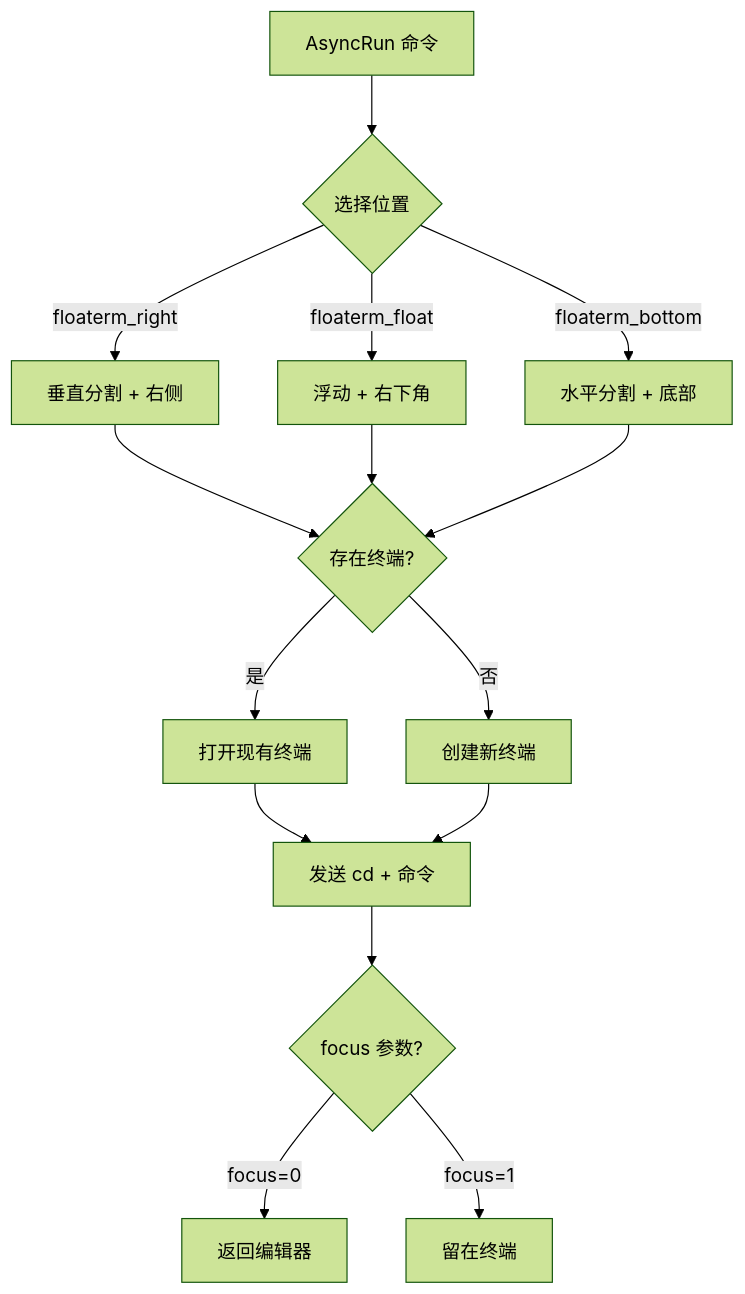
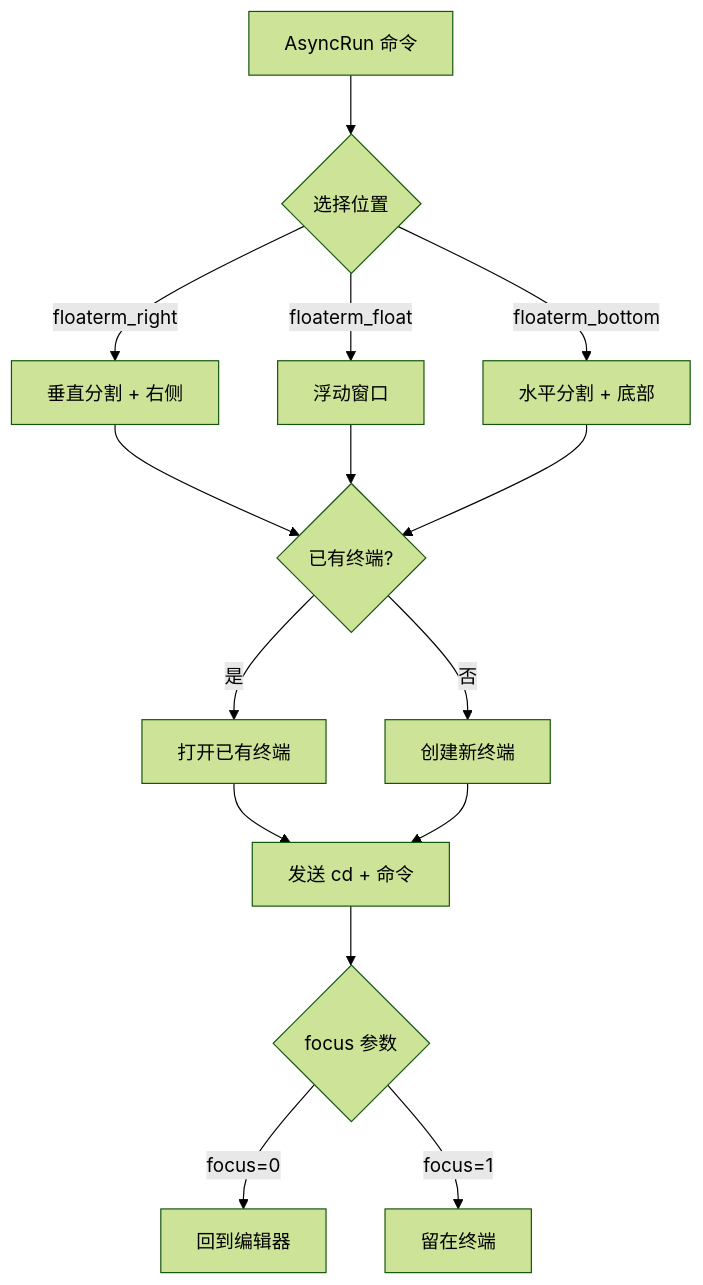
The fifth of 5 diagrams in README_cn.md (leoatchina/vim-floaterm-enhance), drawn with Mermaid (forest theme) before and after one commit. The commit also changed other lines of this file and 1 other file, not shown here.

````diff
--- a/README_cn.md
+++ b/README_cn.md
@@ -154,17 +196,17 @@
 ```mermaid
 graph TB
     AsyncRun[AsyncRun 命令] --> SelectType{选择位置}
     SelectType -->|floaterm_right| Right[垂直分割 + 右侧]
-    SelectType -->|floaterm_float| Float[浮动 + 右下角]
+    SelectType -->|floaterm_float| Float[浮动窗口]
     SelectType -->|floaterm_bottom| Bottom[水平分割 + 底部]
-    Right --> FindExist{存在终端?}
+    Right --> FindExist{已有终端?}
     Float --> FindExist
     Bottom --> FindExist
-    FindExist -->|是| OpenExist[打开现有终端]
+    FindExist -->|是| OpenExist[打开已有终端]
     FindExist -->|否| CreateNew[创建新终端]
     OpenExist --> SendCmd[发送 cd + 命令]
     CreateNew --> SendCmd
-    SendCmd --> FocusCheck{focus 参数?}
-    FocusCheck -->|focus=0| BackEditor[返回编辑器]
+    SendCmd --> FocusCheck{focus 参数}
+    FocusCheck -->|focus=0| BackEditor[回到编辑器]
     FocusCheck -->|focus=1| InTerm[留在终端]
 ```
````
